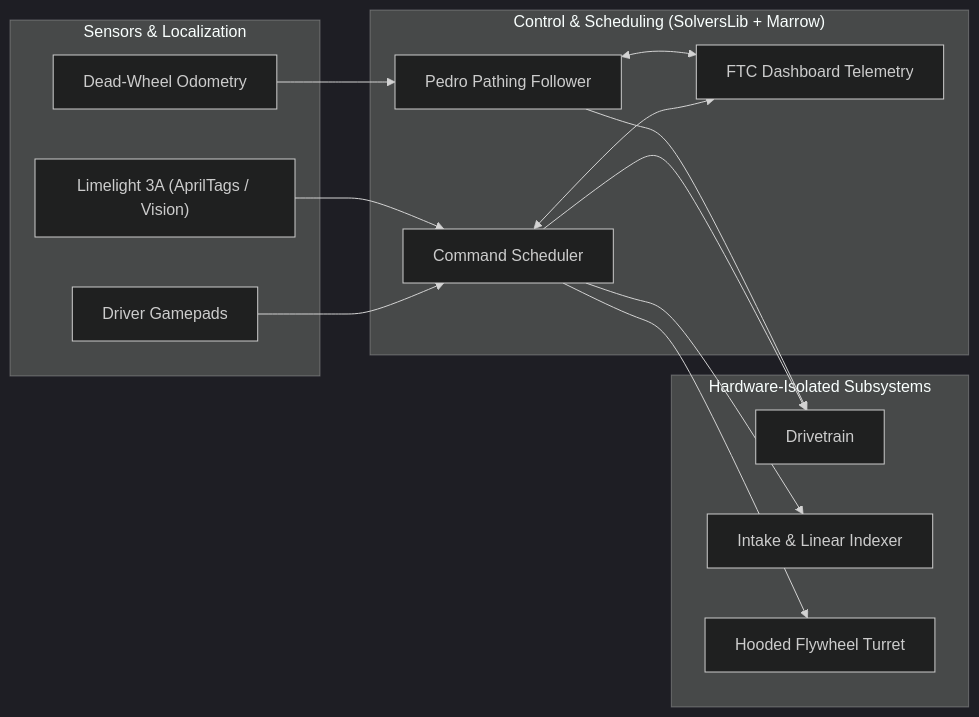
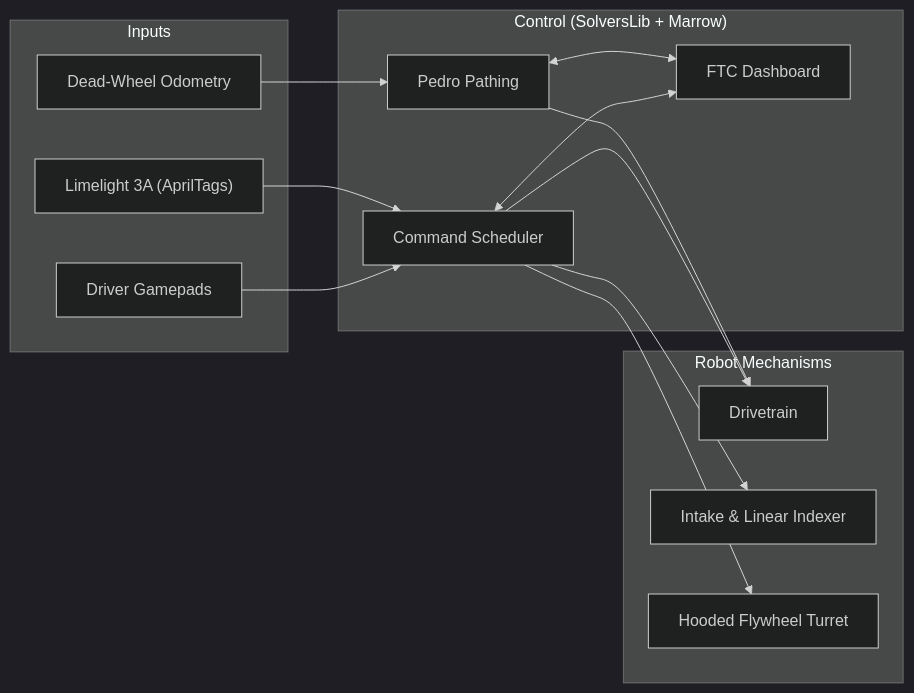
The diagram in README.md (Tom-Glenn-High-School-Robotics/Grizzly-Bots-FTC-Base-Code), drawn with Mermaid (dark theme) before and after one commit. The commit also changed other lines of this file, not shown here.

````diff
--- a/README.md
+++ b/README.md
@@ -22,30 +22,30 @@
 ```mermaid
 flowchart LR
-    subgraph Input["Sensors & Localization"]
+    subgraph Input["Inputs"]
         ODOM["Dead-Wheel Odometry"]
-        LL["Limelight 3A (AprilTags / Vision)"]
+        LL["Limelight 3A (AprilTags)"]
         GP["Driver Gamepads"]
     end
 
-    subgraph Core["Control & Scheduling (SolversLib + Marrow)"]
-        PP["Pedro Pathing Follower"]
+    subgraph Core["Control (SolversLib + Marrow)"]
+        PP["Pedro Pathing"]
         CMD["Command Scheduler"]
-        DASH["FTC Dashboard Telemetry"]
+        DASH["FTC Dashboard"]
     end
 
-    subgraph Subsystems["Hardware-Isolated Subsystems"]
+    subgraph Subsystems["Robot Mechanisms"]
         DT["Drivetrain"]
         INT["Intake & Linear Indexer"]
         TUR["Hooded Flywheel Turret"]
     end
 
     ODOM --> PP
     LL --> CMD
     GP --> CMD
     PP --> DT
     CMD --> DT
     CMD --> INT
     CMD --> TUR
     PP <--> DASH
     CMD <--> DASH
 ```
````
